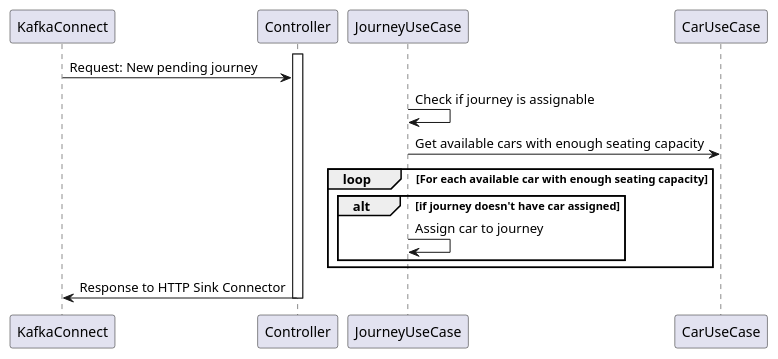
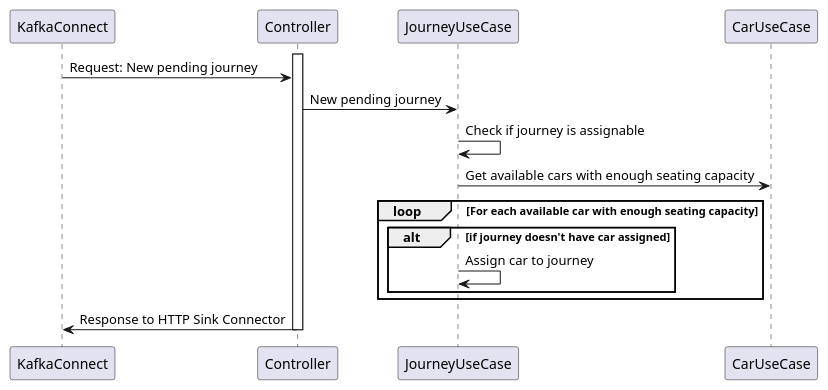
Before and after one commit to NicolasBachs/cabify-challenge: the diagram in docs/diagrams/sequence/new-pending-journey-event.puml, drawn with PlantUML. The commit also changed 3 other files, not shown here.

Commit message:
docs: tweaks sequence diagrams

```diff
--- a/docs/diagrams/sequence/new-pending-journey-event.puml
+++ b/docs/diagrams/sequence/new-pending-journey-event.puml
@@ -1,17 +1,18 @@
 @startuml new-pending-journey-event
 participant KafkaConnect
 participant Controller
 participant JourneyUseCase
 
 activate Controller
 KafkaConnect -> Controller: Request: New pending journey
+Controller -> JourneyUseCase: New pending journey
 JourneyUseCase -> JourneyUseCase: Check if journey is assignable
 JourneyUseCase -> CarUseCase: Get available cars with enough seating capacity
 loop For each available car with enough seating capacity
     alt if journey doesn't have car assigned
         JourneyUseCase -> JourneyUseCase: Assign car to journey
     end
 end
 Controller -> KafkaConnect: Response to HTTP Sink Connector
 deactivate Controller
 @enduml
```
